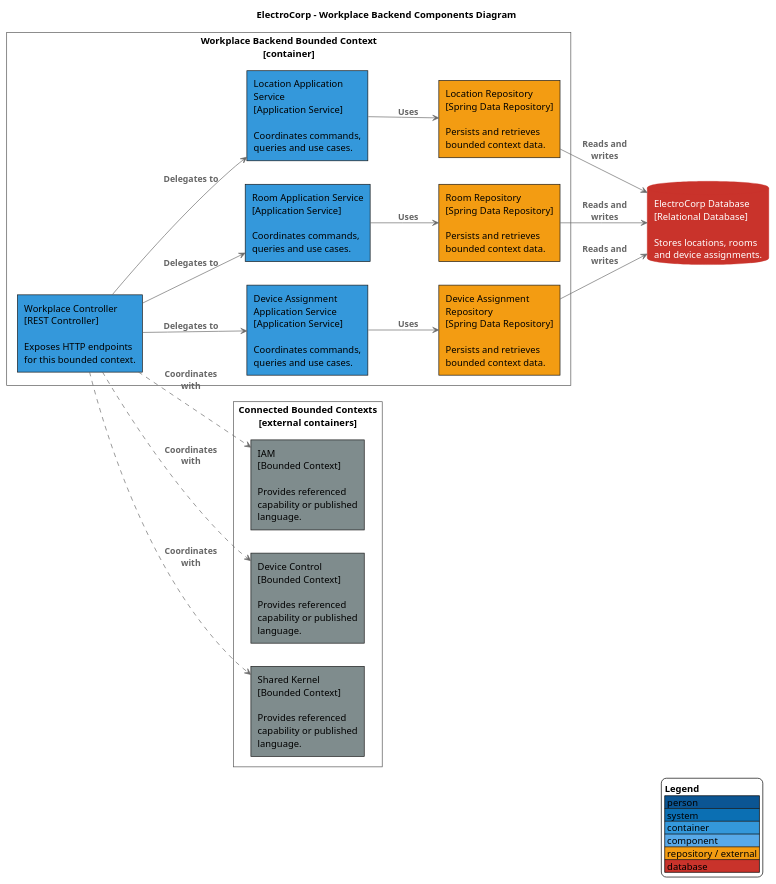
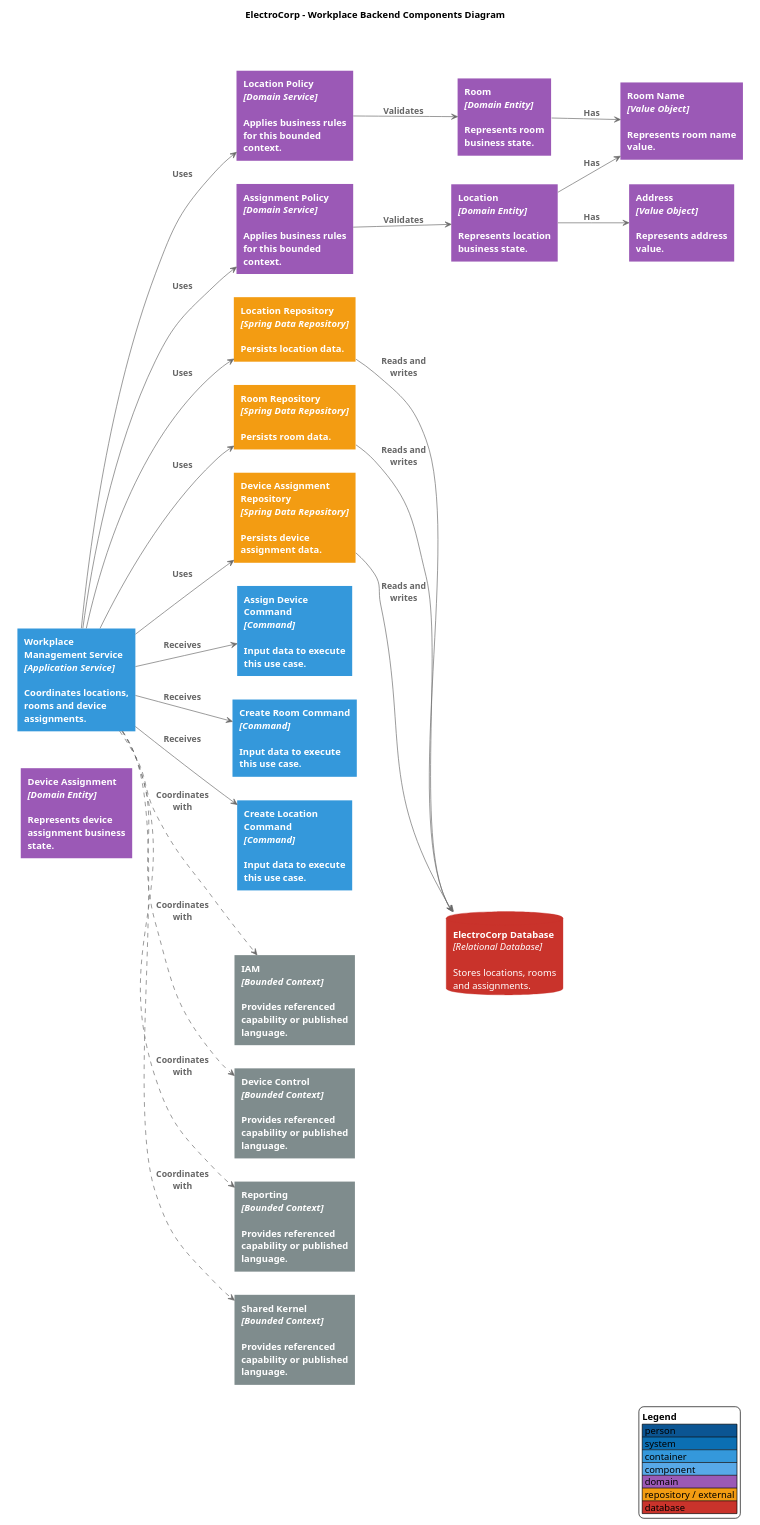
One commit to upc-pre-202610-1asi0729-11896-ecorp/electrocorp-report changed the diagram in docs/diagrams/components/backend/bounded-contexts/workplace-backend-components.puml. Above: the diagram before and after it, drawn with PlantUML. The commit also changed 22 other files, not shown here.

Commit message:
style(docs): redesign c4 diagrams with visual ui layout

```diff
--- a/docs/diagrams/components/backend/bounded-contexts/workplace-backend-components.puml
+++ b/docs/diagrams/components/backend/bounded-contexts/workplace-backend-components.puml
@@ -1,61 +1,79 @@
 @startuml
 skinparam backgroundColor #FFFFFF
 skinparam shadowing false
 skinparam defaultFontName Arial
-skinparam wrapWidth 180
+skinparam wrapWidth 170
 skinparam maxMessageSize 90
 skinparam ArrowColor #6B6B6B
 skinparam ArrowFontColor #666666
 skinparam ArrowFontStyle bold
 skinparam rectangleRoundCorner 0
-skinparam rectangleBorderThickness 1
+skinparam rectangleBorderThickness 0
+skinparam rectangleFontColor #FFFFFF
+skinparam rectangleFontStyle bold
 skinparam packageStyle rectangle
 skinparam packageBorderColor #555555
 skinparam packageBackgroundColor transparent
 skinparam packageFontColor #444444
 skinparam packageFontStyle bold
 skinparam databaseBackgroundColor #C9332B
 skinparam databaseBorderColor #C9332B
 skinparam databaseFontColor #FFFFFF
 hide stereotype
 title ElectroCorp - Workplace Backend Components Diagram
 left to right direction
 
-
 package "Workplace Backend Bounded Context\n[container]" {
-  rectangle "Workplace Controller\n[REST Controller]\n\nExposes HTTP endpoints for this bounded context." as B0 #3498DB
-  rectangle "Location Application Service\n[Application Service]\n\nCoordinates commands, queries and use cases." as B1 #3498DB
-  rectangle "Room Application Service\n[Application Service]\n\nCoordinates commands, queries and use cases." as B2 #3498DB
-  rectangle "Device Assignment Application Service\n[Application Service]\n\nCoordinates commands, queries and use cases." as B3 #3498DB
-  rectangle "Location Repository\n[Spring Data Repository]\n\nPersists and retrieves bounded context data." as R0 #F39C12
-  rectangle "Room Repository\n[Spring Data Repository]\n\nPersists and retrieves bounded context data." as R1 #F39C12
-  rectangle "Device Assignment Repository\n[Spring Data Repository]\n\nPersists and retrieves bounded context data." as R2 #F39C12
+  rectangle "<b>Workplace Management Service</b>\n<i>[Application Service]</i>\n\nCoordinates locations, rooms and device assignments." as Service #3498DB
+  rectangle "<b>Create Location Command</b>\n<i>[Command]</i>\n\nInput data to execute this use case." as C0 #3498DB
+  rectangle "<b>Create Room Command</b>\n<i>[Command]</i>\n\nInput data to execute this use case." as C1 #3498DB
+  rectangle "<b>Assign Device Command</b>\n<i>[Command]</i>\n\nInput data to execute this use case." as C2 #3498DB
+  rectangle "<b>Assignment Policy</b>\n<i>[Domain Service]</i>\n\nApplies business rules for this bounded context." as D0 #9B59B6
+  rectangle "<b>Location Policy</b>\n<i>[Domain Service]</i>\n\nApplies business rules for this bounded context." as D1 #9B59B6
+  rectangle "<b>Location</b>\n<i>[Domain Entity]</i>\n\nRepresents location business state." as E0 #9B59B6
+  rectangle "<b>Room</b>\n<i>[Domain Entity]</i>\n\nRepresents room business state." as E1 #9B59B6
+  rectangle "<b>Device Assignment</b>\n<i>[Domain Entity]</i>\n\nRepresents device assignment business state." as E2 #9B59B6
+  rectangle "<b>Address</b>\n<i>[Value Object]</i>\n\nRepresents address value." as V0 #9B59B6
+  rectangle "<b>Room Name</b>\n<i>[Value Object]</i>\n\nRepresents room name value." as V1 #9B59B6
+  rectangle "<b>Location Repository</b>\n<i>[Spring Data Repository]</i>\n\nPersists location data." as R0 #F39C12
+  rectangle "<b>Room Repository</b>\n<i>[Spring Data Repository]</i>\n\nPersists room data." as R1 #F39C12
+  rectangle "<b>Device Assignment Repository</b>\n<i>[Spring Data Repository]</i>\n\nPersists device assignment data." as R2 #F39C12
 }
-database "ElectroCorp Database\n[Relational Database]\n\nStores locations, rooms and device assignments." as Database
+database "<b>ElectroCorp Database</b>\n<i>[Relational Database]</i>\n\nStores locations, rooms and assignments." as Database
 package "Connected Bounded Contexts\n[external containers]" {
-  rectangle "IAM\n[Bounded Context]\n\nProvides referenced capability or published language." as Dep0 #7F8C8D
-  rectangle "Device Control\n[Bounded Context]\n\nProvides referenced capability or published language." as Dep1 #7F8C8D
-  rectangle "Shared Kernel\n[Bounded Context]\n\nProvides referenced capability or published language." as Dep2 #7F8C8D
+  rectangle "<b>IAM</b>\n<i>[Bounded Context]</i>\n\nProvides referenced capability or published language." as Dep0 #7F8C8D
+  rectangle "<b>Device Control</b>\n<i>[Bounded Context]</i>\n\nProvides referenced capability or published language." as Dep1 #7F8C8D
+  rectangle "<b>Reporting</b>\n<i>[Bounded Context]</i>\n\nProvides referenced capability or published language." as Dep2 #7F8C8D
+  rectangle "<b>Shared Kernel</b>\n<i>[Bounded Context]</i>\n\nProvides referenced capability or published language." as Dep3 #7F8C8D
 }
-B0 --> B1 : Delegates to
-B0 --> B2 : Delegates to
-B0 --> B3 : Delegates to
-B1 --> R0 : Uses
-B2 --> R1 : Uses
-B3 --> R2 : Uses
+Service --> C0 : Receives
+Service --> C1 : Receives
+Service --> C2 : Receives
+Service --> D0 : Uses
+Service --> D1 : Uses
+Service --> R0 : Uses
+Service --> R1 : Uses
+Service --> R2 : Uses
+D0 --> E0 : Validates
+D1 --> E1 : Validates
+E0 --> V0 : Has
+E0 --> V1 : Has
+E1 --> V1 : Has
 R0 --> Database : Reads and writes
 R1 --> Database : Reads and writes
 R2 --> Database : Reads and writes
-B0 ..> Dep0 : Coordinates with
-B0 ..> Dep1 : Coordinates with
-B0 ..> Dep2 : Coordinates with
+Service ..> Dep0 : Coordinates with
+Service ..> Dep1 : Coordinates with
+Service ..> Dep2 : Coordinates with
+Service ..> Dep3 : Coordinates with
 legend right
   <b>Legend</b>
   |<#0B5593> person |
   |<#0B6FB3> system |
   |<#3498DB> container |
   |<#58A9E8> component |
+  |<#9B59B6> domain |
   |<#F39C12> repository / external |
   |<#C9332B> database |
 endlegend
 @enduml
```
